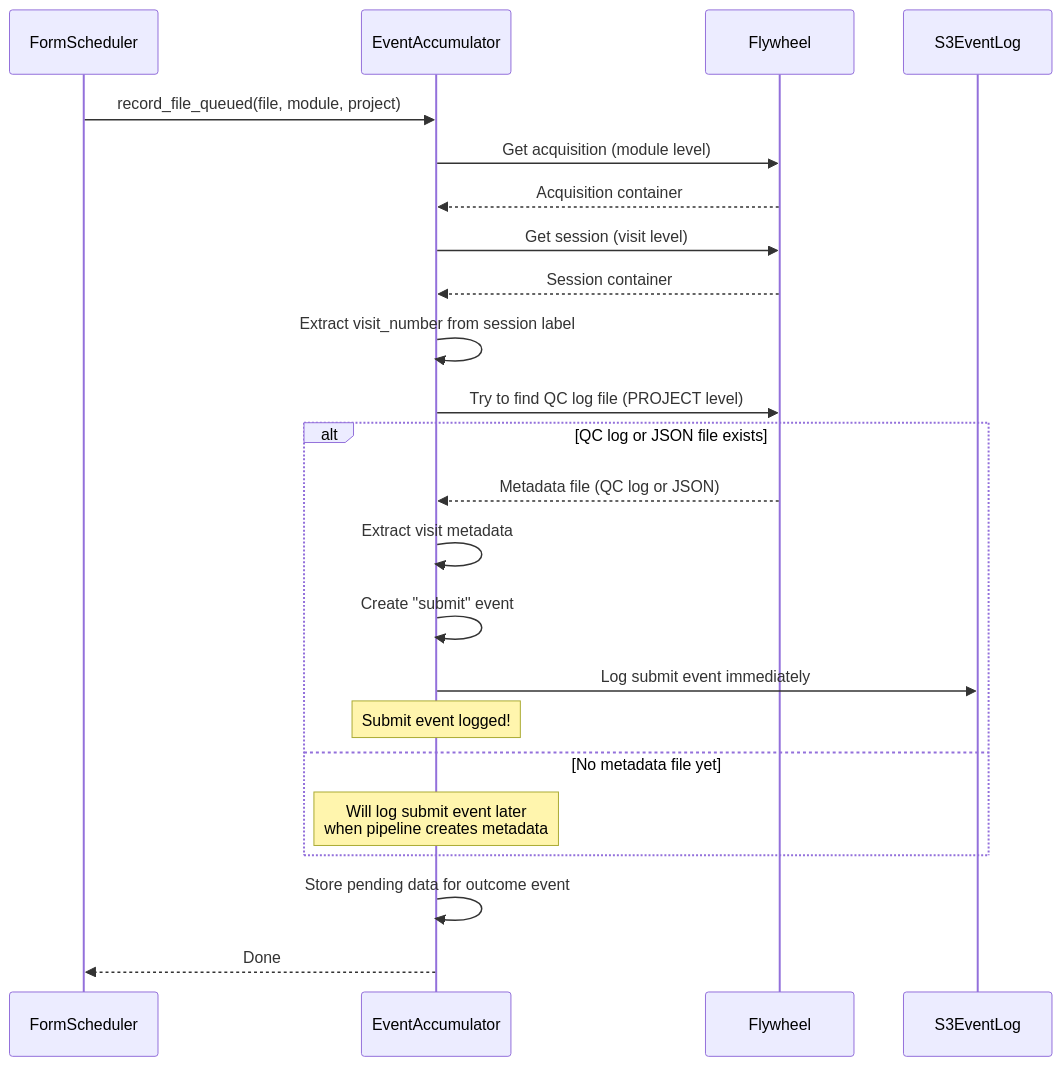
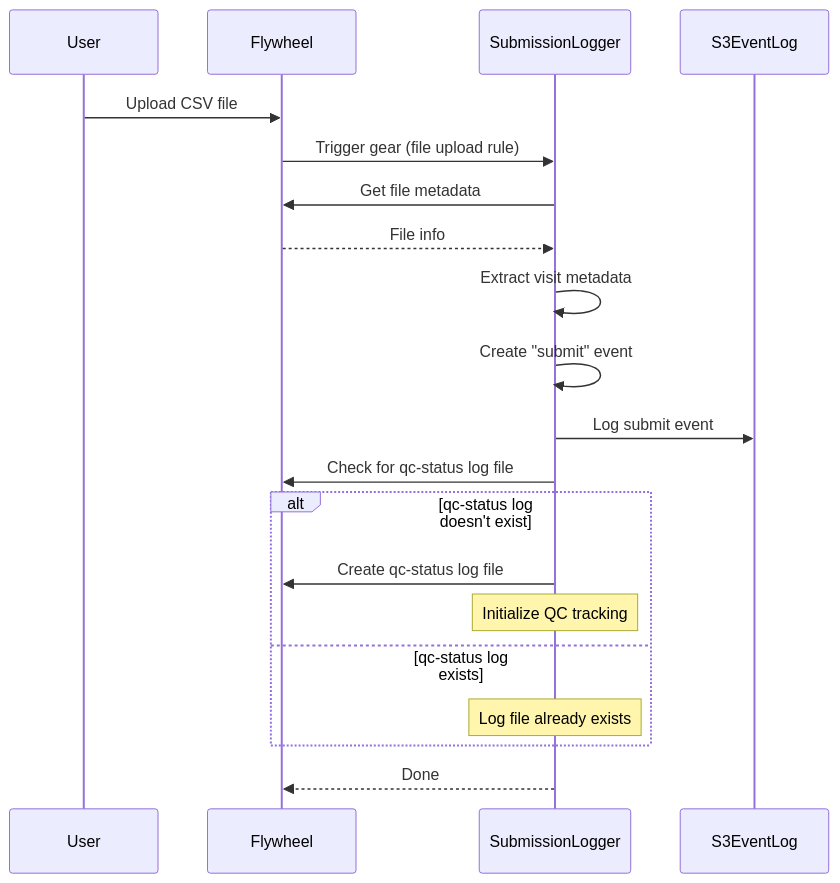
Before and after one commit to naccdata/flywheel-gear-extensions: the third of 6 diagrams in docs/form_scheduler/event-logging.md, drawn with Mermaid. The commit also changed other lines of this file and 5 other files, not shown here.

````diff
--- a/docs/form_scheduler/event-logging.md
+++ b/docs/form_scheduler/event-logging.md
@@ -170,32 +172,28 @@
 ```mermaid
 sequenceDiagram
-    participant FormScheduler
-    participant EventAccumulator
+    participant User
     participant Flywheel
+    participant SubmissionLogger
     participant S3EventLog
     
-    FormScheduler->>EventAccumulator: record_file_queued(file, module, project)
+    User->>Flywheel: Upload CSV file
+    Flywheel->>SubmissionLogger: Trigger gear (file upload rule)
     
-    EventAccumulator->>Flywheel: Get acquisition (module level)
-    Flywheel-->>EventAccumulator: Acquisition container
+    SubmissionLogger->>Flywheel: Get file metadata
+    Flywheel-->>SubmissionLogger: File info
     
-    EventAccumulator->>Flywheel: Get session (visit level)
-    Flywheel-->>EventAccumulator: Session container
+    SubmissionLogger->>SubmissionLogger: Extract visit metadata
+    SubmissionLogger->>SubmissionLogger: Create "submit" event
+    SubmissionLogger->>S3EventLog: Log submit event
     
-    EventAccumulator->>EventAccumulator: Extract visit_number from session label
+    SubmissionLogger->>Flywheel: Check for qc-status log file
     
-    EventAccumulator->>Flywheel: Try to find QC log file (PROJECT level)
-    
-    alt QC log or JSON file exists
-        Flywheel-->>EventAccumulator: Metadata file (QC log or JSON)
-        EventAccumulator->>EventAccumulator: Extract visit metadata
-        EventAccumulator->>EventAccumulator: Create "submit" event
-        EventAccumulator->>S3EventLog: Log submit event immediately
-        Note over EventAccumulator: Submit event logged!
-    else No metadata file yet
-        Note over EventAccumulator: Will log submit event later<br/>when pipeline creates metadata
+    alt qc-status log doesn't exist
+        SubmissionLogger->>Flywheel: Create qc-status log file
+        Note over SubmissionLogger: Initialize QC tracking
+    else qc-status log exists
+        Note over SubmissionLogger: Log file already exists
     end
     
-    EventAccumulator->>EventAccumulator: Store pending data for outcome event
-    EventAccumulator-->>FormScheduler: Done
+    SubmissionLogger-->>Flywheel: Done
 ```
````
